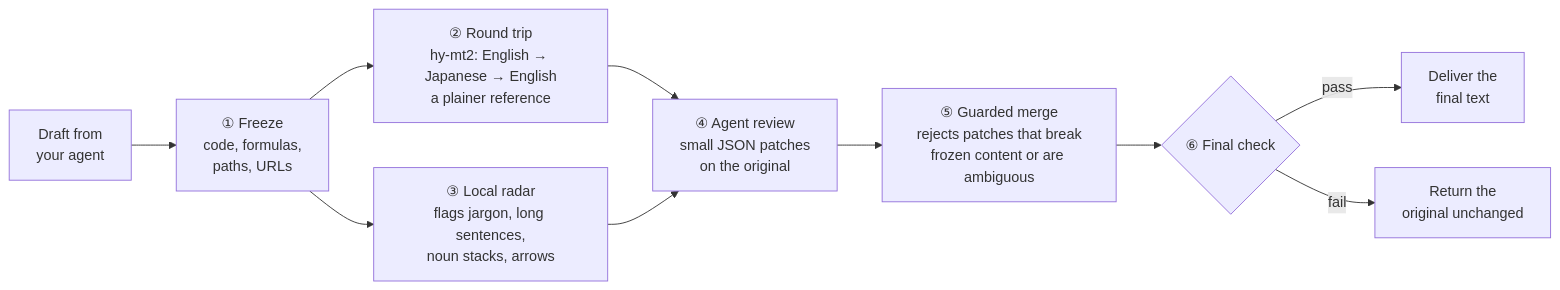
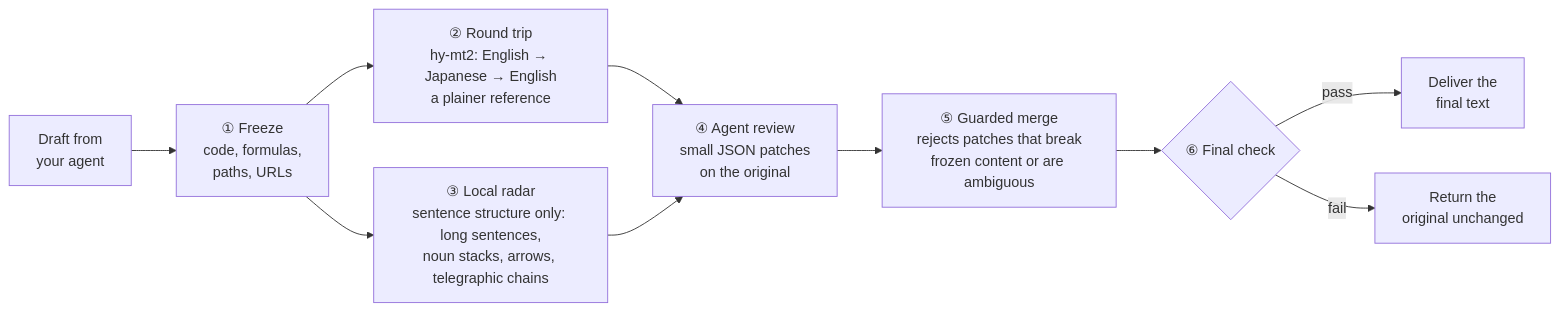
The diagram in README.en.md (ConstantlyGrowup/no-ai-fluff), drawn with Mermaid before and after one commit. The commit also changed other lines of this file and 76 other files, not shown here.

````diff
--- a/README.en.md
+++ b/README.en.md
@@ -51,12 +51,12 @@
 ```mermaid
 flowchart LR
     A["Draft from<br/>your agent"] --> B["① Freeze<br/>code, formulas,<br/>paths, URLs"]
     B --> C["② Round trip<br/>hy-mt2: English → Japanese → English<br/>a plainer reference"]
-    B --> D["③ Local radar<br/>flags jargon, long sentences,<br/>noun stacks, arrows"]
+    B --> D["③ Local radar<br/>sentence structure only: long sentences,<br/>noun stacks, arrows, telegraphic chains"]
     C --> E["④ Agent review<br/>small JSON patches<br/>on the original"]
     D --> E
     E --> F["⑤ Guarded merge<br/>rejects patches that break<br/>frozen content or are ambiguous"]
     F --> G{"⑥ Final check"}
     G -- pass --> H["Deliver the<br/>final text"]
     G -- fail --> I["Return the<br/>original unchanged"]
 ```
````
